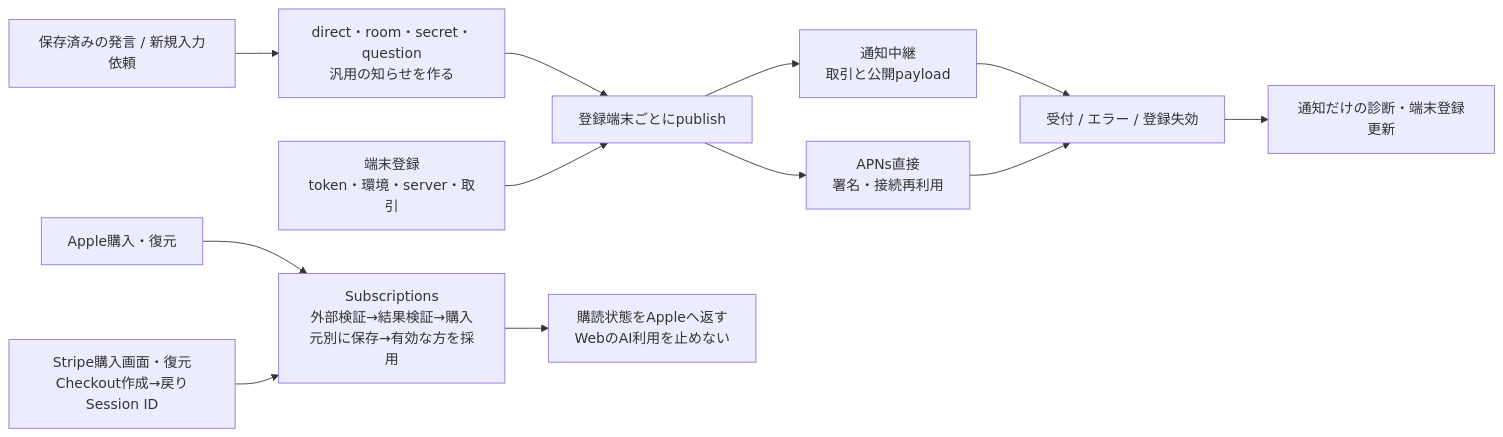
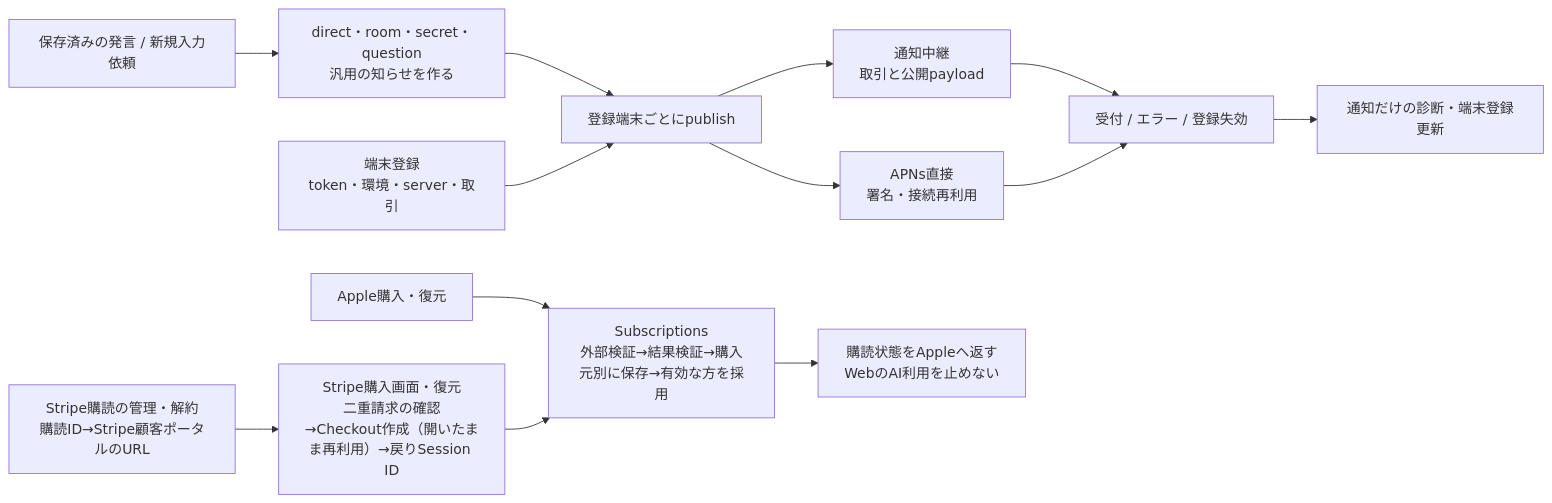
One commit to kitepon/BellTeam changed the fifth of 5 diagrams in docs/architecture/modules/usage/flows.md. Above: the diagram before and after it, drawn with Mermaid. The commit also changed other lines of this file and 14 other files, not shown here.

````diff
--- a/docs/architecture/modules/usage/flows.md
+++ b/docs/architecture/modules/usage/flows.md
@@ -161,14 +161,15 @@
 ```mermaid
 flowchart LR
   Saved["保存済みの発言 / 新規入力依頼"] --> Event["direct・room・secret・question<br/>汎用の知らせを作る"]
   Event --> Publish["登録端末ごとにpublish"]
   Devices["端末登録<br/>token・環境・server・取引"] --> Publish
   Publish --> Relay["通知中継<br/>取引と公開payload"]
   Publish --> APNs["APNs直接<br/>署名・接続再利用"]
   Relay --> Result["受付 / エラー / 登録失効"]
   APNs --> Result
   Result --> Diag["通知だけの診断・端末登録更新"]
   Apple["Apple購入・復元"] --> Verify["Subscriptions<br/>外部検証→結果検証→購入元別に保存→有効な方を採用"]
-  Stripe["Stripe購入画面・復元<br/>Checkout作成→戻りSession ID"] --> Verify
+  Stripe["Stripe購入画面・復元<br/>二重請求の確認→Checkout作成（開いたまま再利用）→戻りSession ID"] --> Verify
+  Manage["Stripe購読の管理・解約<br/>購読ID→Stripe顧客ポータルのURL"] --> Stripe
   Verify --> Status["購読状態をAppleへ返す<br/>WebのAI利用を止めない"]
 ```
````
